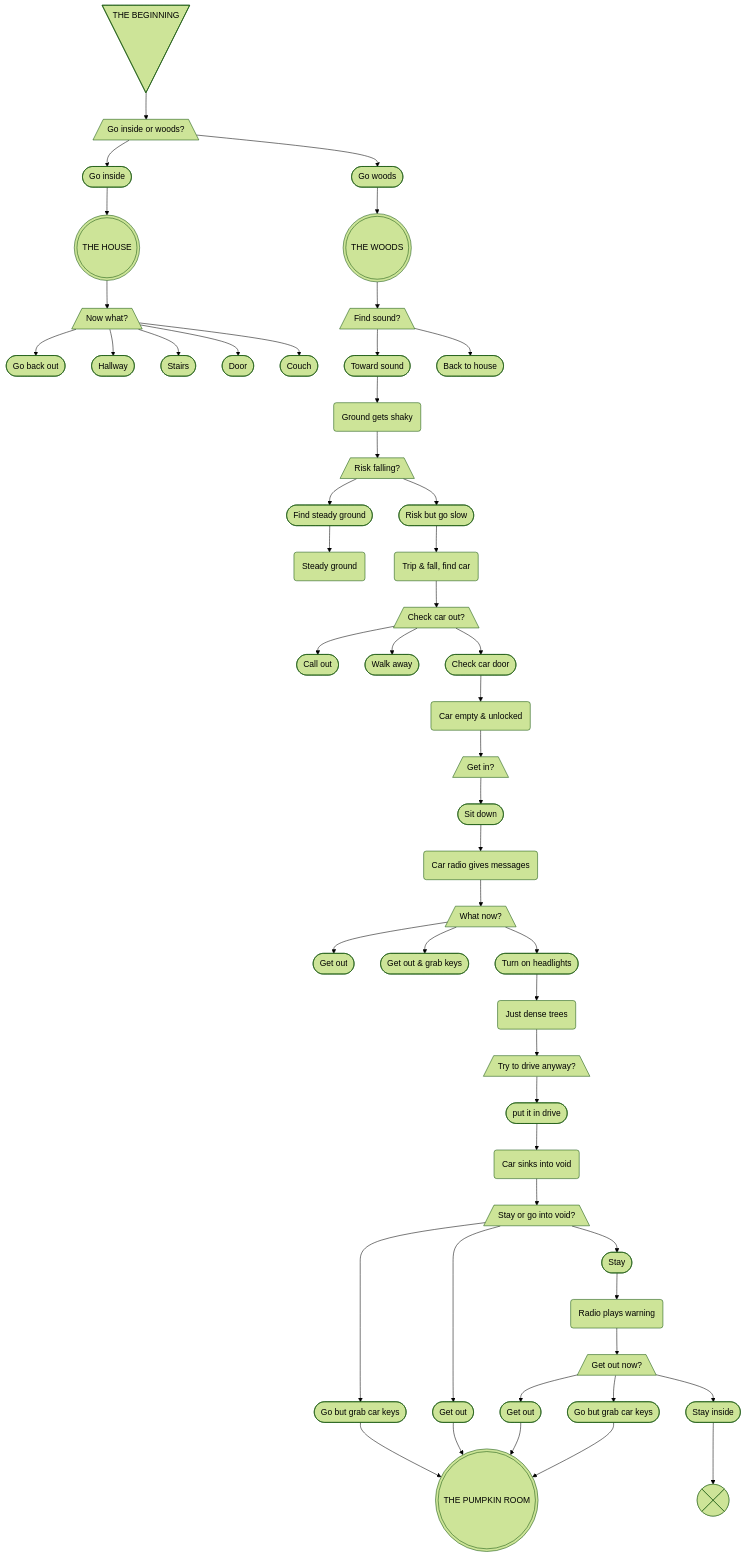
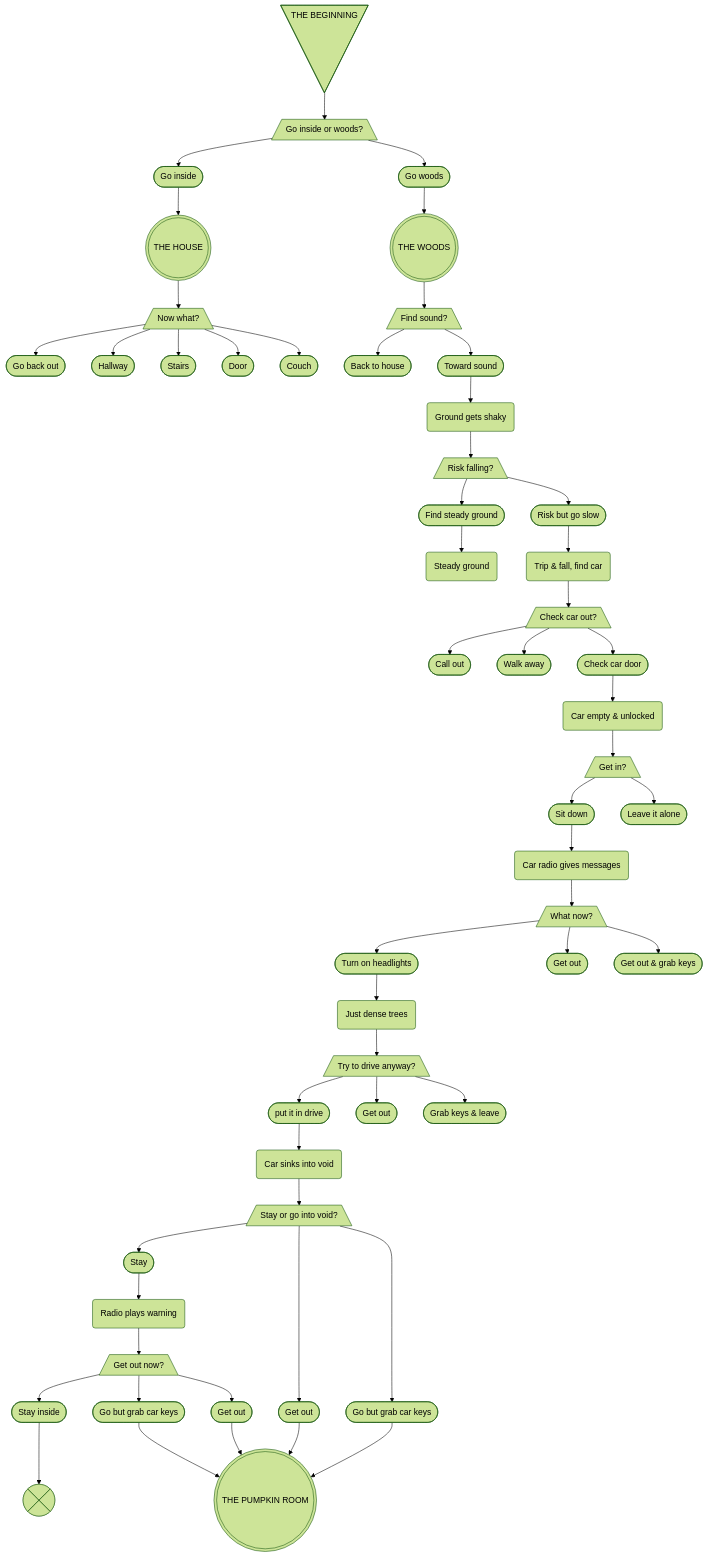
Before and after one commit to jsspen/the-pumpkin-room: the diagram in thepumpkinroom-be/flow.mmd, drawn with Mermaid (forest theme).

Commit message:
updates to story flow chart

```diff
--- a/thepumpkinroom-be/flow.mmd
+++ b/thepumpkinroom-be/flow.mmd
@@ -1,88 +1,94 @@
  flowchart TD
-
-    S1-->   Q1-->   C1-->   S2-->   Q2-->   C3
-                                    Q2-->   C4
-                                    Q2-->   C5
-                                    Q2-->   C6
-                                    Q2-->   C7
-            Q1-->   C2-->   S3-->   Q3-->   C8-->   S4
-                                    Q3-->   C9
+    S1-->   Q1-->   C1-->   S2
+            Q1-->   C2-->   S3-->   Q3-->   C9
+                                    Q3-->   C8--> S4                                                     
+    S4
+    S2-->   Q2-->   C3
+            Q2-->   C4
+            Q2-->   C5
+            Q2-->   C6
+            Q2-->   C7
+                                    
     S4-->   Q4-->   C11-->  S6
             Q4-->   C10-->  S5
-    S5
+    S6
     S5-->   Q5-->   C13
             Q5-->   C14
             Q5-->   C12-->  S7
     S7-->   Q6-->   C15-->  S8 
-    S8-->   Q7-->   C17
+            Q6-->   C16
+    S8-->   Q7-->   C17-->  S9
             Q7-->   C18
-            Q7-->   C16-->  S9
-    S9-->   Q8-->   C19-->  S10
-    S10-->  Q9-->   C21-->  S13
-            Q9-->   C23-->  S13
-            Q9-->   C22-->  S11
-    S11-->  Q10-->  C25-->  S13
-            Q10-->  C26-->  S13
-            Q10-->  C24-->  S12
-    S13
-
+            Q7-->   C19
+    S9-->   Q8-->   C20-->  S10
+            Q8-->   C21
+            Q8-->   C22
+    S10-->  Q9-->   C23-->  S11
+            Q9-->   C24-->  S13
+            Q9-->   C25-->  S13
+    S11-->  Q10-->  C26-->  S12
+            Q10-->  C27-->  S13
+            Q10-->  C28-->  S13
 
 %% Rough Definitions
     S1@{ shape: flip-tri, label: "THE BEGINNING" }
         Q1@{ shape: trap-b, label: "Go inside or woods?"}
             C1([Go inside])
                 S2@{ shape: dbl-circ, label: "THE HOUSE"}
                     Q2@{ shape: trap-b, label: "Now what?"}
                         C3([Go back out])
                         C4([Hallway])
                         C5([Stairs])
                         C6([Door])
                         C7([Couch])
             C2([Go woods])
                 S3@{ shape: dbl-circ, label: "THE WOODS"}
                     Q3@{ shape: trap-b, label: "Find sound?"}
                         C9([Back to house])
                         C8([Toward sound])
                             S4(Ground gets shaky)
                                 Q4@{ shape: trap-b, label: "Risk falling?"}
                                     C11([Find steady ground])
                                         S6(Steady ground)
                                     C10([Risk but go slow])
                                         S5(Trip & fall, find car)
                                             Q5@{ shape: trap-b, label: "Check car out?"}
                                                 C13([Call out])
                                                 C14([Walk away])
                                                 C12([Check car door])
                                                     S7(Car empty & unlocked)
                                                         Q6@{ shape: trap-b, label: "Get in?"}
+                                                            C16([Leave it alone])
                                                             C15([Sit down])
                                                                 S8(Car radio gives messages)
                                                                     Q7@{ shape: trap-b, label: "What now?"}
-                                                                        C17([Get out])
-                                                                        C18([Get out & grab keys])
-                                                                        C16([Turn on headlights])
+                                                                        C18([Get out])
+                                                                        C19([Get out & grab keys])
+                                                                        C17([Turn on headlights])
                                                                             S9(Just dense trees)
                                                                                 Q8@{ shape: trap-b, label: "Try to drive anyway?"}
-                                                                                    C19([put it in drive])
+                                                                                    C21([Get out])
+                                                                                    C22([Grab keys & leave])
+                                                                                    C20([put it in drive])
                                                                                         S10(Car sinks into void)
                                                                                             Q9@{ shape: trap-b, label: "Stay or go into void?"}
-                                                                                                C21([Go but grab car keys])
+                                                                                                C25([Go but grab car keys])
                                                                                                     S13@{ shape: dbl-circ, label: "THE PUMPKIN ROOM" }
-                                                                                                C23([Get out])
+                                                                                                C24([Get out])
                                                                                                     S13
-                                                                                                C22([Stay])
+                                                                                                C23([Stay])
                                                                                                     S11(Radio plays warning)
                                                                                                         Q10@{ shape: trap-b, label: "Get out now?"}
-                                                                                                            C25([Get out])
+                                                                                                            C28([Get out])
                                                                                                                 S13
-                                                                                                            C26([Go but grab car keys])
+                                                                                                            C27([Go but grab car keys])
                                                                                                                 S13
-                                                                                                            C24([Stay inside])
+                                                                                                            C26([Stay inside])
                                                                                                                 S12@{ shape: cross-circ }
 
 %% DESIGN KEY
 %% QUESTION Q_@{ shape: trap-b, label: "_"}
 %% CHOICE C_([_])
 %% STORYPART S_()
 %% STORYPART - MAJOR LOCATION S_@{ shape: dbl-circ, label: "_"}
 %% STORYPART - DEAD END S_@{ shape: cross-circ }
```
